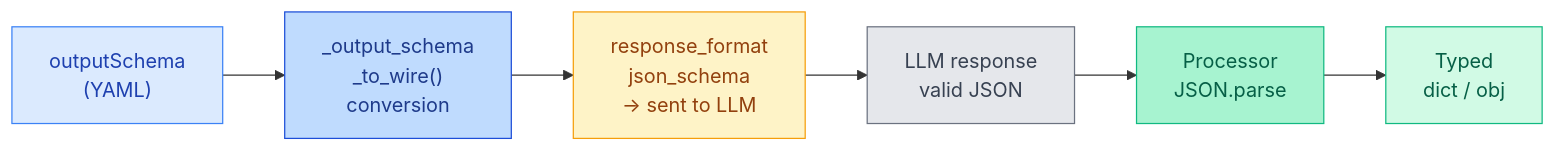
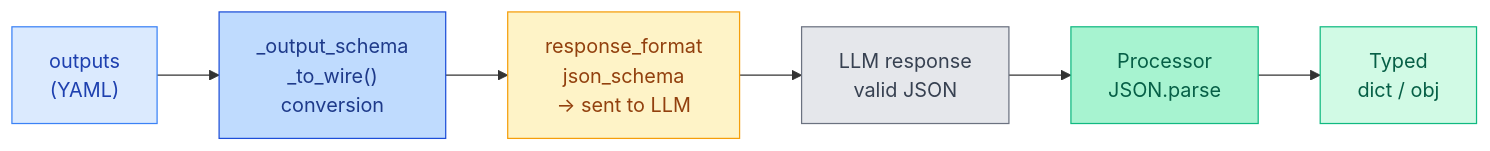
The diagram in web/src/content/docs/core-concepts/structured-output.mdx (microsoft/prompty), drawn with Mermaid before and after one commit. The commit also changed other lines of this file and 20 other files, not shown here.

````diff
--- a/web/src/content/docs/core-concepts/structured-output.mdx
+++ b/web/src/content/docs/core-concepts/structured-output.mdx
@@ -20,15 +20,15 @@
 ```mermaid
 flowchart LR
-    A["outputSchema\n(YAML)"] --> B["_output_schema\n_to_wire()\nconversion"]
+    A["outputs\n(YAML)"] --> B["_output_schema\n_to_wire()\nconversion"]
     B --> C["response_format\njson_schema\n→ sent to LLM"]
     C --> D["LLM response\nvalid JSON"]
     D --> E["Processor\nJSON.parse"]
     E --> F["Typed\ndict / obj"]
 
     style A fill:#dbeafe,stroke:#3b82f6,color:#1e40af
     style B fill:#bfdbfe,stroke:#1d4ed8,color:#1e3a8a
     style C fill:#fef3c7,stroke:#f59e0b,color:#92400e
     style D fill:#e5e7eb,stroke:#6b7280,color:#374151
     style E fill:#a7f3d0,stroke:#10b981,color:#065f46
     style F fill:#d1fae5,stroke:#10b981,color:#065f46
 ```
````
